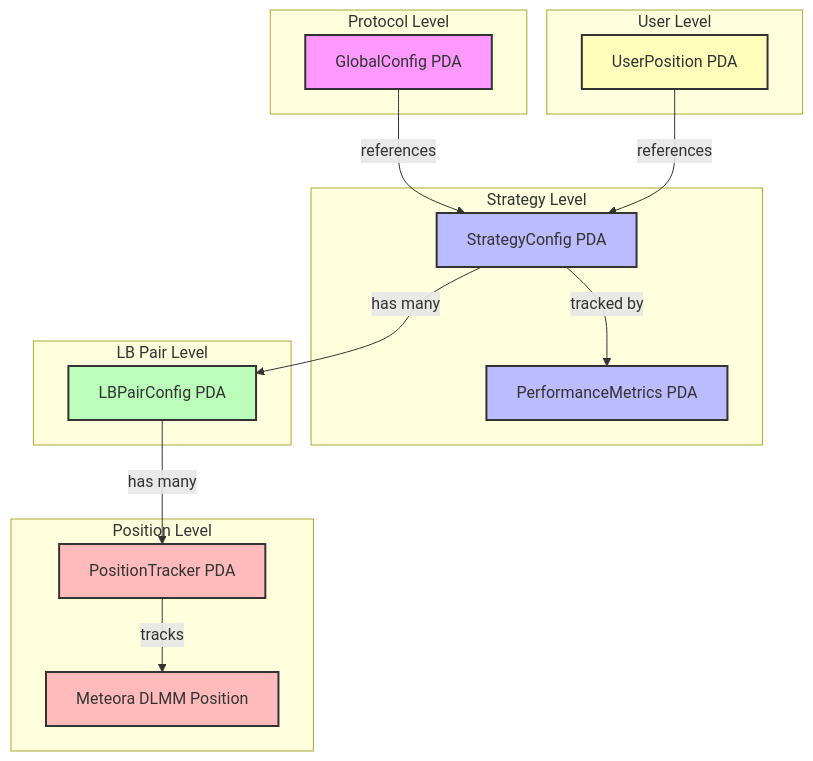
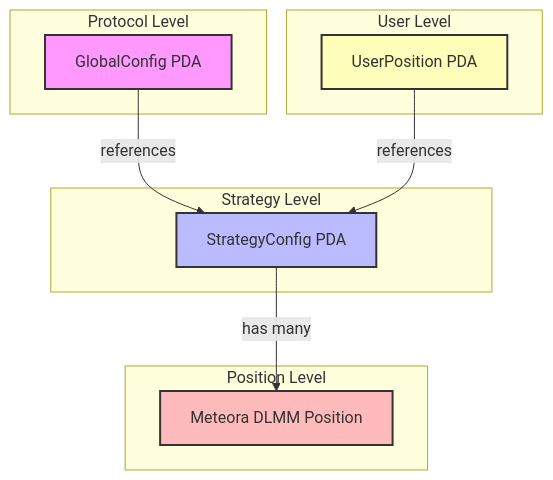
One commit to zenith-trade/maiker-contracts changed the first of 8 diagrams in docs/DIAGRAMS.md. Above: the diagram before and after it, drawn with Mermaid. The commit also changed other lines of this file and 26 other files, not shown here.

````diff
--- a/docs/DIAGRAMS.md
+++ b/docs/DIAGRAMS.md
@@ -7,36 +7,26 @@
 ```mermaid
 graph TD
 subgraph "Protocol Level"
 GlobalConfig[GlobalConfig PDA]
 end
 subgraph "Strategy Level"
 StrategyConfig[StrategyConfig PDA]
-PerformanceMetrics[PerformanceMetrics PDA]
-end
-subgraph "LB Pair Level"
-LBPairConfig[LBPairConfig PDA]
 end
 subgraph "Position Level"
-PositionTracker[PositionTracker PDA]
 MeteoraDLMMPosition[Meteora DLMM Position]
 end
 subgraph "User Level"
 UserPosition[UserPosition PDA]
 end
 GlobalConfig -->|references| StrategyConfig
-StrategyConfig -->|has many| LBPairConfig
-StrategyConfig -->|tracked by| PerformanceMetrics
-LBPairConfig -->|has many| PositionTracker
-PositionTracker -->|tracks| MeteoraDLMMPosition
+StrategyConfig -->|has many| MeteoraDLMMPosition
 UserPosition -->|references| StrategyConfig
 classDef protocol fill:#f9f,stroke:#333,stroke-width:2px;
 classDef strategy fill:#bbf,stroke:#333,stroke-width:2px;
-classDef lbpair fill:#bfb,stroke:#333,stroke-width:2px;
 classDef position fill:#fbb,stroke:#333,stroke-width:2px;
 classDef user fill:#ffb,stroke:#333,stroke-width:2px;
 class GlobalConfig protocol;
-class StrategyConfig,PerformanceMetrics strategy;
-class LBPairConfig lbpair;
-class PositionTracker,MeteoraDLMMPosition position;
+class StrategyConfig strategy;
+class MeteoraDLMMPosition position;
 class UserPosition user;
 ```
````
